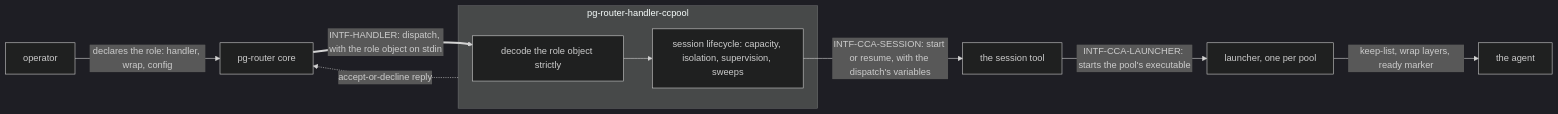
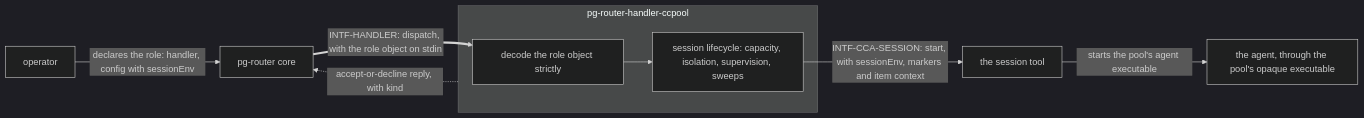
Before and after one commit to phillipgreenii/nix-agent-support: the diagram in packages/pg-router-ccpool-handler/docs/behavior/pg-router-handler-ccpool/README.md, drawn with Mermaid (dark theme). The commit also changed other lines of this file and 18 other files, not shown here.

First line of the commit message:
docs(pg-router-ccpool-handler): handler behavior sets without wrap; sessionEnv, pre-ready decline, decline kinds, validate (pg2-12gr4.8.17)

````diff
--- a/packages/pg-router-ccpool-handler/docs/behavior/pg-router-handler-ccpool/README.md
+++ b/packages/pg-router-ccpool-handler/docs/behavior/pg-router-handler-ccpool/README.md
@@ -19,18 +19,16 @@
 ```mermaid
 flowchart LR
     CORE["pg-router core"]
     subgraph adapter["pg-router-handler-ccpool"]
       DEC["decode the role object strictly"]
       LIFE["session lifecycle: capacity, isolation, supervision, sweeps"]
       DEC --> LIFE
     end
     TOOL["the session tool"]
-    LAUNCH["launcher, one per pool"]
-    AGENT["the agent"]
-    OP["operator"] -->|"declares the role: handler, wrap, config"| CORE
+    AGENT["the agent, through the pool's opaque executable"]
+    OP["operator"] -->|"declares the role: handler, config with sessionEnv"| CORE
     CORE ==>|"INTF-HANDLER: dispatch, with the role object on stdin"| DEC
-    LIFE -->|"INTF-CCA-SESSION: start or resume, with the dispatch's variables"| TOOL
-    TOOL -->|"INTF-CCA-LAUNCHER: starts the pool's executable"| LAUNCH
-    LAUNCH -->|"keep-list, wrap layers, ready marker"| AGENT
-    adapter -.->|"accept-or-decline reply"| CORE
+    LIFE -->|"INTF-CCA-SESSION: start, with sessionEnv, markers and item context"| TOOL
+    TOOL -->|"starts the pool's agent executable"| AGENT
+    adapter -.->|"accept-or-decline reply, with kind"| CORE
 ```
````
